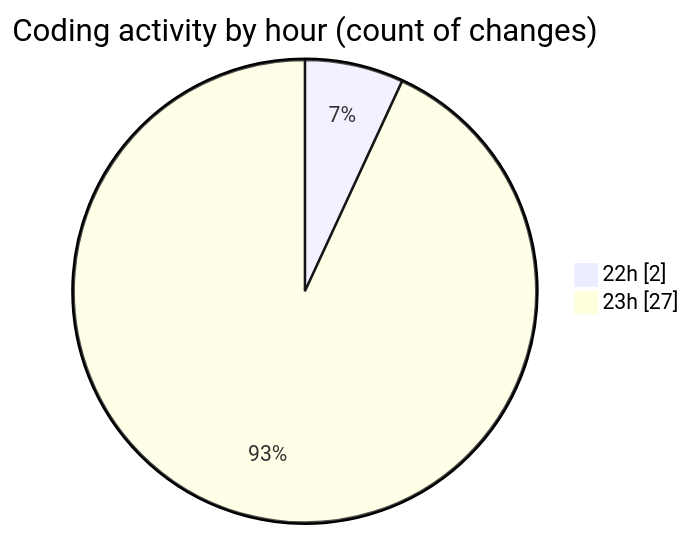
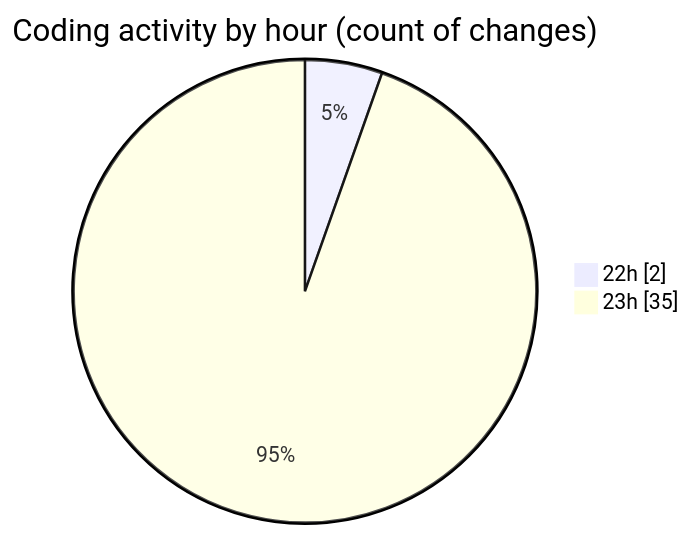
One commit to momahboobian/code-tracking changed the second of 2 diagrams in 2025-02-22/samplepdf/README.md. Above: the diagram before and after it, drawn with Mermaid. The commit also changed other lines of this file and 1 other file, not shown here.

````diff
--- a/2025-02-22/samplepdf/README.md
+++ b/2025-02-22/samplepdf/README.md
@@ -31,6 +33,6 @@
 ```mermaid
 pie showData
 title Coding activity by hour (count of changes)
 "22h" : 2
-"23h" : 27
+"23h" : 35
 ```
````
